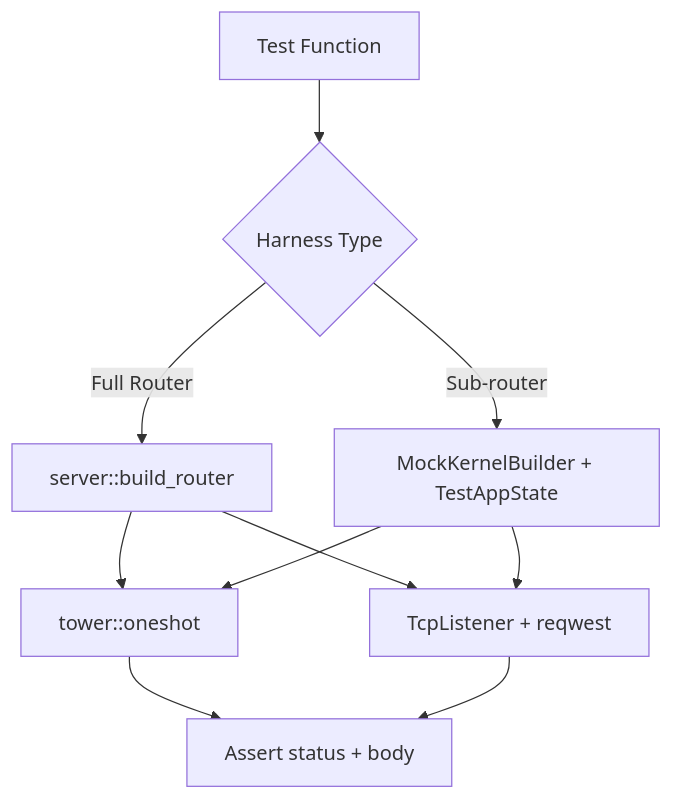
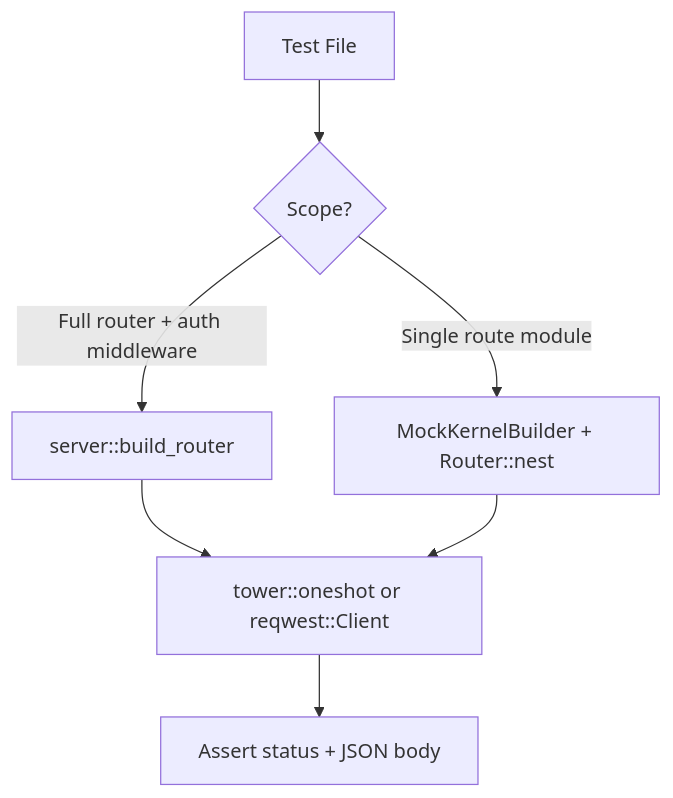
One commit to leszek3737/librefang-WIki changed the diagram in other-librefang-api-tests.md. Above: the diagram before and after it, drawn with Mermaid. The commit also changed other lines of this file and 119 other files, not shown here.

````diff
--- a/other-librefang-api-tests.md
+++ b/other-librefang-api-tests.md
@@ -11,12 +26,9 @@
 ```mermaid
 graph TD
-    A[Test Function] --> B{Harness Type}
-    B -->|Full Router| C[server::build_router]
-    B -->|Sub-router| D[MockKernelBuilder + TestAppState]
-    C --> E[tower::oneshot]
+    A[Test File] --> B{Scope?}
+    B -->|Full router + auth middleware| C[server::build_router]
+    B -->|Single route module| D[MockKernelBuilder + Router::nest]
+    C --> E[tower::oneshot or reqwest::Client]
     D --> E
-    C --> F[TcpListener + reqwest]
-    D --> F
-    E --> G[Assert status + body]
-    F --> G
+    E --> F[Assert status + JSON body]
 ```
````
